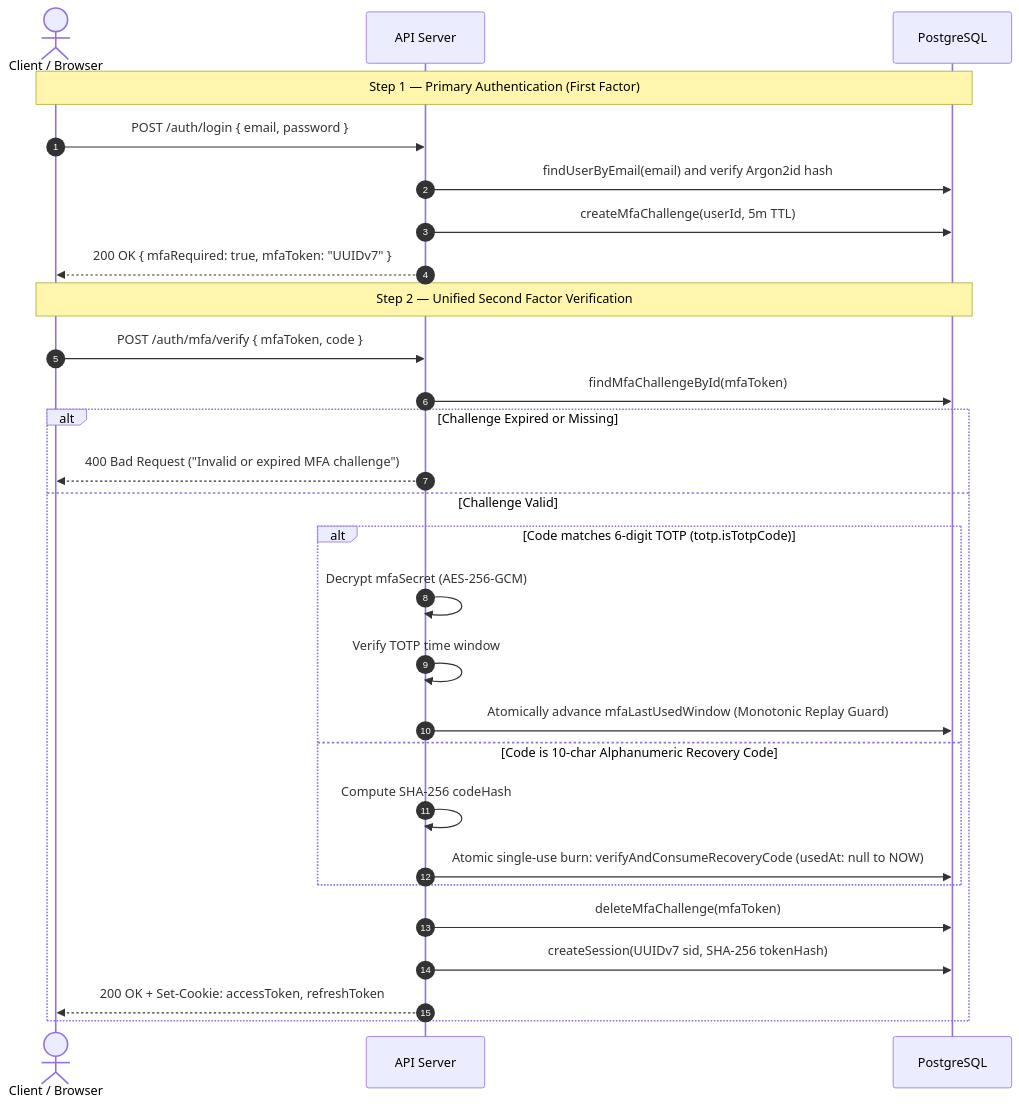
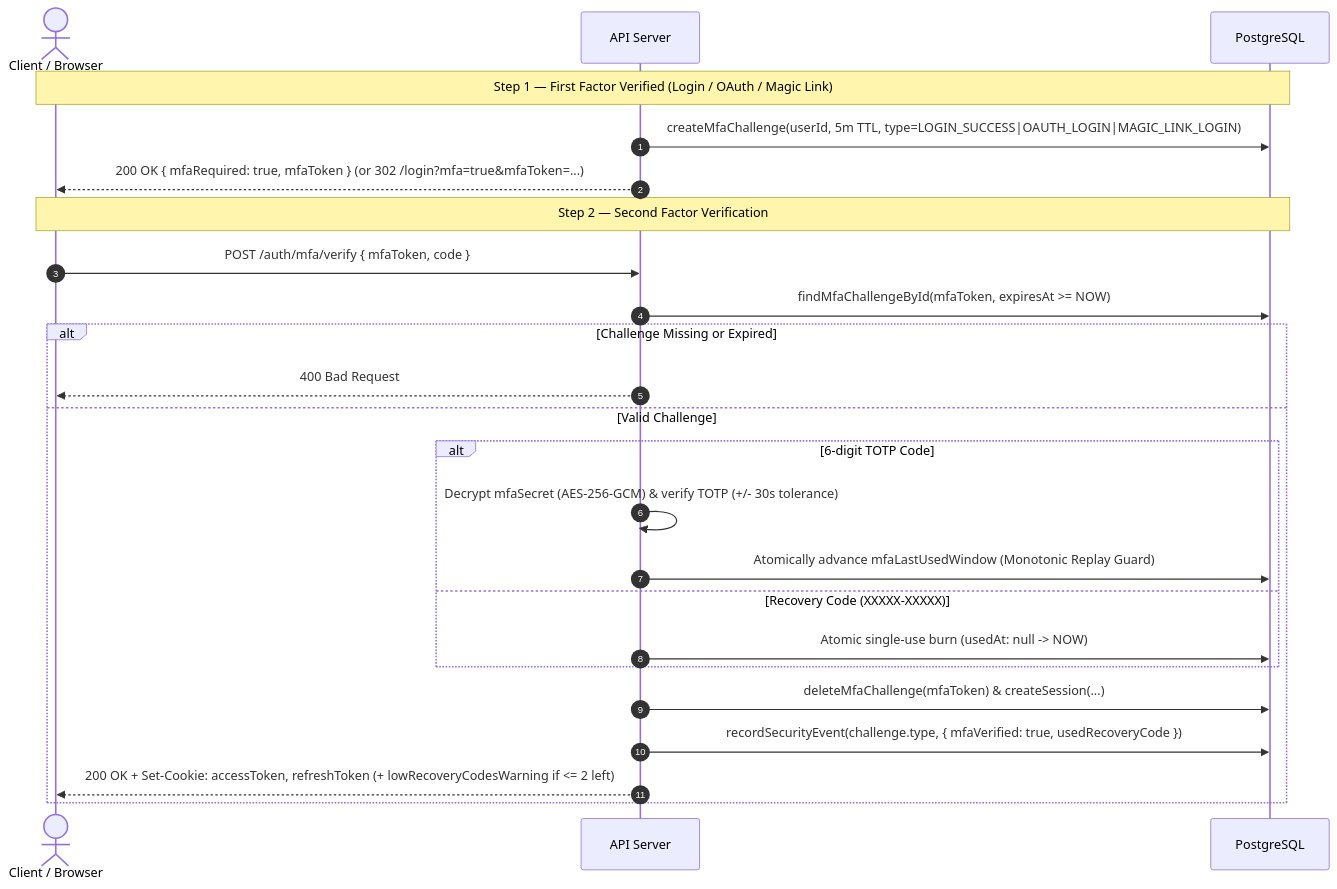
One commit to utkarshj014/authsphere changed the fourth of 6 diagrams in docs/ARCHITECTURE.md. Above: the diagram before and after it, drawn with Mermaid. The commit also changed other lines of this file and 5 other files, not shown here.

````diff
--- a/docs/ARCHITECTURE.md
+++ b/docs/ARCHITECTURE.md
@@ -419,32 +417,28 @@
 ```mermaid
 sequenceDiagram
     autonumber
     actor Client as Client / Browser
     participant API as API Server
     participant DB as PostgreSQL
 
-    Note over Client, DB: Step 1 — Primary Authentication (First Factor)
-    Client->>API: POST /auth/login { email, password }
-    API->>DB: findUserByEmail(email) and verify Argon2id hash
-    API->>DB: createMfaChallenge(userId, 5m TTL)
-    API-->>Client: 200 OK { mfaRequired: true, mfaToken: "UUIDv7" }
+    Note over Client, DB: Step 1 — First Factor Verified (Login / OAuth / Magic Link)
+    API->>DB: createMfaChallenge(userId, 5m TTL, type=LOGIN_SUCCESS|OAUTH_LOGIN|MAGIC_LINK_LOGIN)
+    API-->>Client: 200 OK { mfaRequired: true, mfaToken } (or 302 /login?mfa=true&mfaToken=...)
 
-    Note over Client, DB: Step 2 — Unified Second Factor Verification
+    Note over Client, DB: Step 2 — Second Factor Verification
     Client->>API: POST /auth/mfa/verify { mfaToken, code }
-    API->>DB: findMfaChallengeById(mfaToken)
-    alt Challenge Expired or Missing
-        API-->>Client: 400 Bad Request ("Invalid or expired MFA challenge")
-    else Challenge Valid
-        alt Code matches 6-digit TOTP (totp.isTotpCode)
-            API->>API: Decrypt mfaSecret (AES-256-GCM)
-            API->>API: Verify TOTP time window
+    API->>DB: findMfaChallengeById(mfaToken, expiresAt >= NOW)
+    alt Challenge Missing or Expired
+        API-->>Client: 400 Bad Request
+    else Valid Challenge
+        alt 6-digit TOTP Code
+            API->>API: Decrypt mfaSecret (AES-256-GCM) & verify TOTP (+/- 30s tolerance)
             API->>DB: Atomically advance mfaLastUsedWindow (Monotonic Replay Guard)
-        else Code is 10-char Alphanumeric Recovery Code
-            API->>API: Compute SHA-256 codeHash
-            API->>DB: Atomic single-use burn: verifyAndConsumeRecoveryCode (usedAt: null to NOW)
+        else Recovery Code (XXXXX-XXXXX)
+            API->>DB: Atomic single-use burn (usedAt: null -> NOW)
         end
-        API->>DB: deleteMfaChallenge(mfaToken)
-        API->>DB: createSession(UUIDv7 sid, SHA-256 tokenHash)
-        API-->>Client: 200 OK + Set-Cookie: accessToken, refreshToken
+        API->>DB: deleteMfaChallenge(mfaToken) & createSession(...)
+        API->>DB: recordSecurityEvent(challenge.type, { mfaVerified: true, usedRecoveryCode })
+        API-->>Client: 200 OK + Set-Cookie: accessToken, refreshToken (+ lowRecoveryCodesWarning if <= 2 left)
     end
 ```
````
